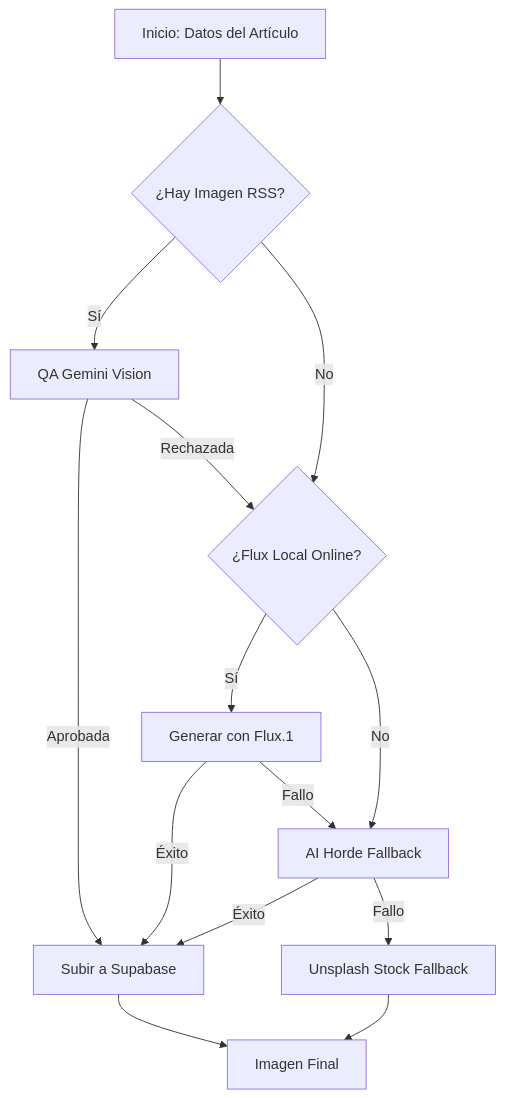
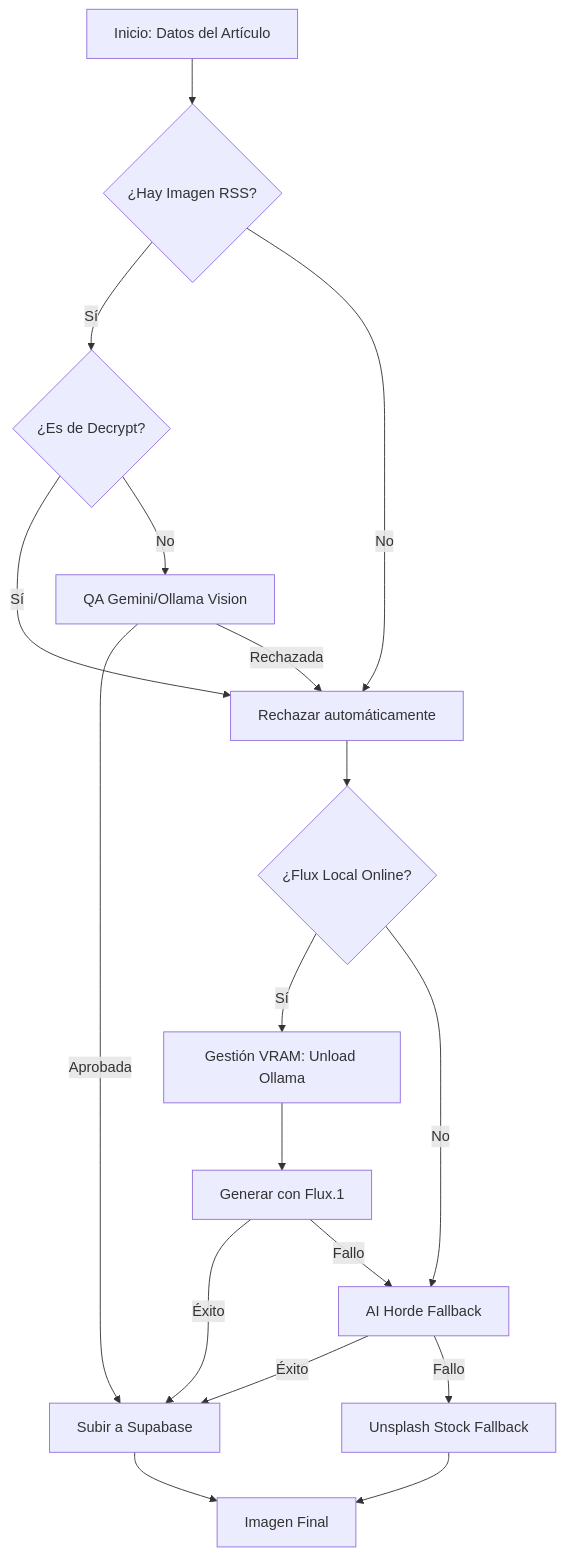
One commit to CarlosEmerito/EmeDotEme changed the diagram in docs/04 - Flujos de Trabajo.md. Above: the diagram before and after it, drawn with Mermaid. The commit also changed other lines of this file and 3 other files, not shown here.

First line of the commit message:
docs: update architecture docs and sync publishing flow with new ranking engine

````diff
--- a/docs/04 - Flujos de Trabajo.md
+++ b/docs/04 - Flujos de Trabajo.md
@@ -166,16 +169,20 @@
 ```mermaid
 graph TD
     A[Inicio: Datos del Artículo] --> B{¿Hay Imagen RSS?}
-    B -- Sí --> C[QA Gemini Vision]
-    B -- No --> D{¿Flux Local Online?}
-    C -- Aprobada --> E[Subir a Supabase]
-    C -- Rechazada --> D
-    D -- Sí --> F[Generar con Flux.1]
-    D -- No --> G[AI Horde Fallback]
-    F -- Éxito --> E
-    F -- Fallo --> G
-    G -- Éxito --> E
-    G -- Fallo --> H[Unsplash Stock Fallback]
-    H --> I[Imagen Final]
-    E --> I
+    B -- Sí --> C{¿Es de Decrypt?}
+    C -- Sí --> D[Rechazar automáticamente]
+    C -- No --> E[QA Gemini/Ollama Vision]
+    B -- No --> D
+    E -- Aprobada --> F[Subir a Supabase]
+    E -- Rechazada --> D
+    D --> G{¿Flux Local Online?}
+    G -- Sí --> H[Gestión VRAM: Unload Ollama]
+    H --> I[Generar con Flux.1]
+    G -- No --> J[AI Horde Fallback]
+    I -- Éxito --> F
+    I -- Fallo --> J
+    J -- Éxito --> F
+    J -- Fallo --> K[Unsplash Stock Fallback]
+    K --> L[Imagen Final]
+    F --> L
 ```
````
